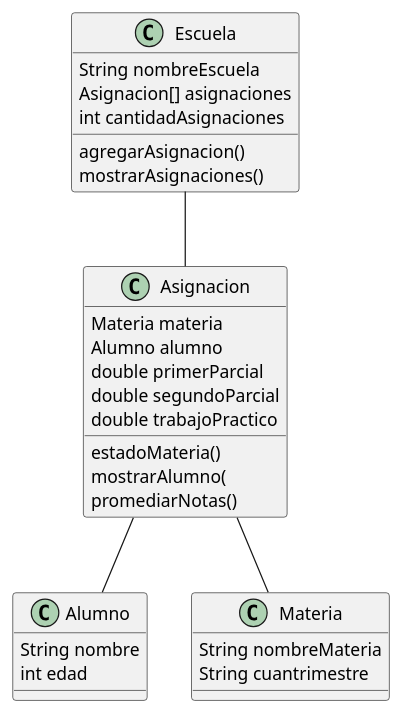
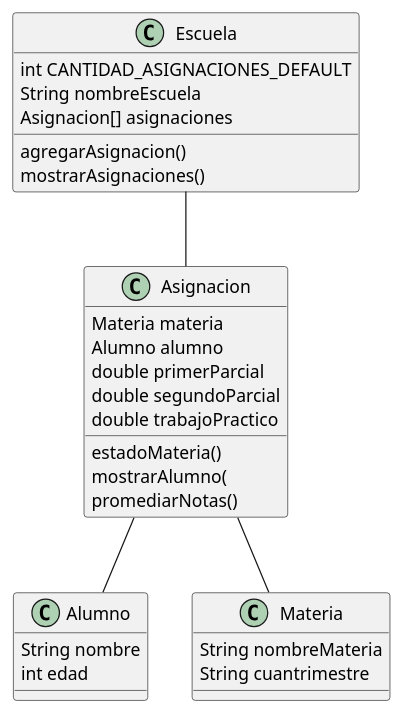
The diagram in bin/doc/diagrama-escuela.puml (gioruanova/dv-poo-20231c-escuela-ruanova-jorge), drawn with PlantUML before and after one commit. The commit also changed 3 other files, not shown here.

```diff
--- a/bin/doc/diagrama-escuela.puml
+++ b/bin/doc/diagrama-escuela.puml
@@ -1,43 +1,43 @@
 @startuml
 
 class Escuela{
+	 int CANTIDAD_ASIGNACIONES_DEFAULT
 	 String nombreEscuela
 	 Asignacion[] asignaciones
-	 int cantidadAsignaciones
-	 
+	 	 
 	 agregarAsignacion()
 	 mostrarAsignaciones()
 }
 
 
 class Asignacion{
 	 Materia materia
 	 Alumno alumno
 	 double primerParcial
 	 double segundoParcial
 	 double trabajoPractico
 	 estadoMateria()
 	 mostrarAlumno(
 	 promediarNotas()
 }
 
 
 class Alumno{
 	String nombre
 	int edad
 }
 
 
 class Materia{
 	String nombreMateria
 	String cuantrimestre
 }
 
 
 Escuela -- Asignacion
 Asignacion -- Materia
 Asignacion -- Alumno
 
 
 
 @enduml
```
